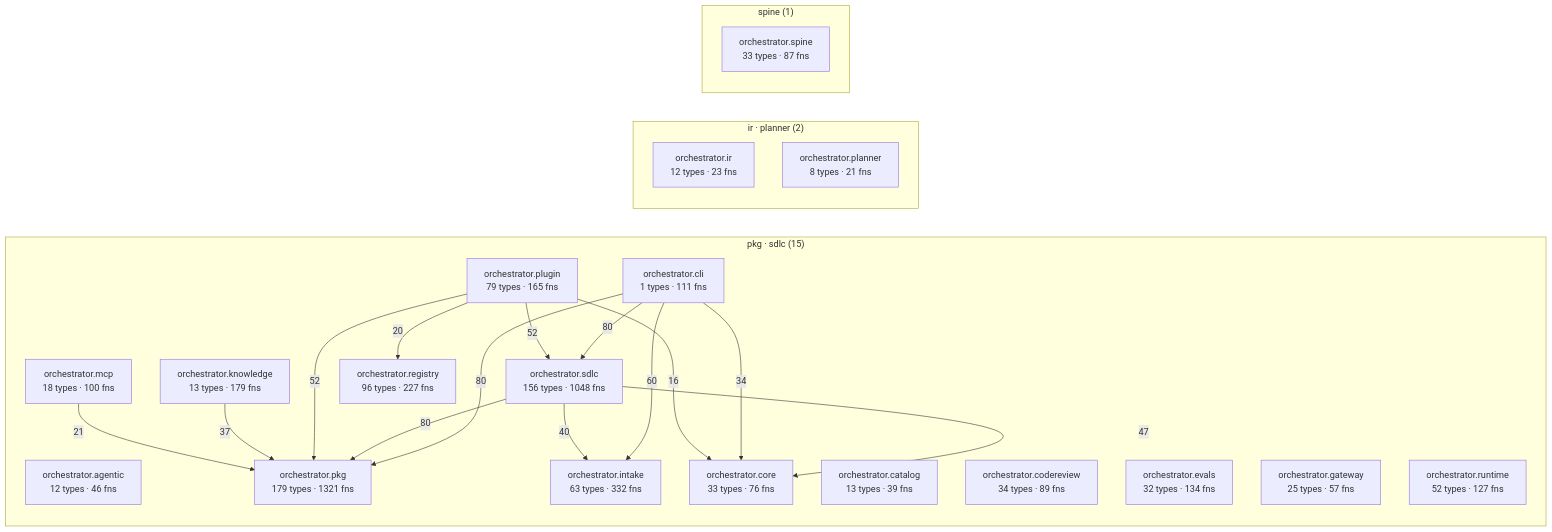
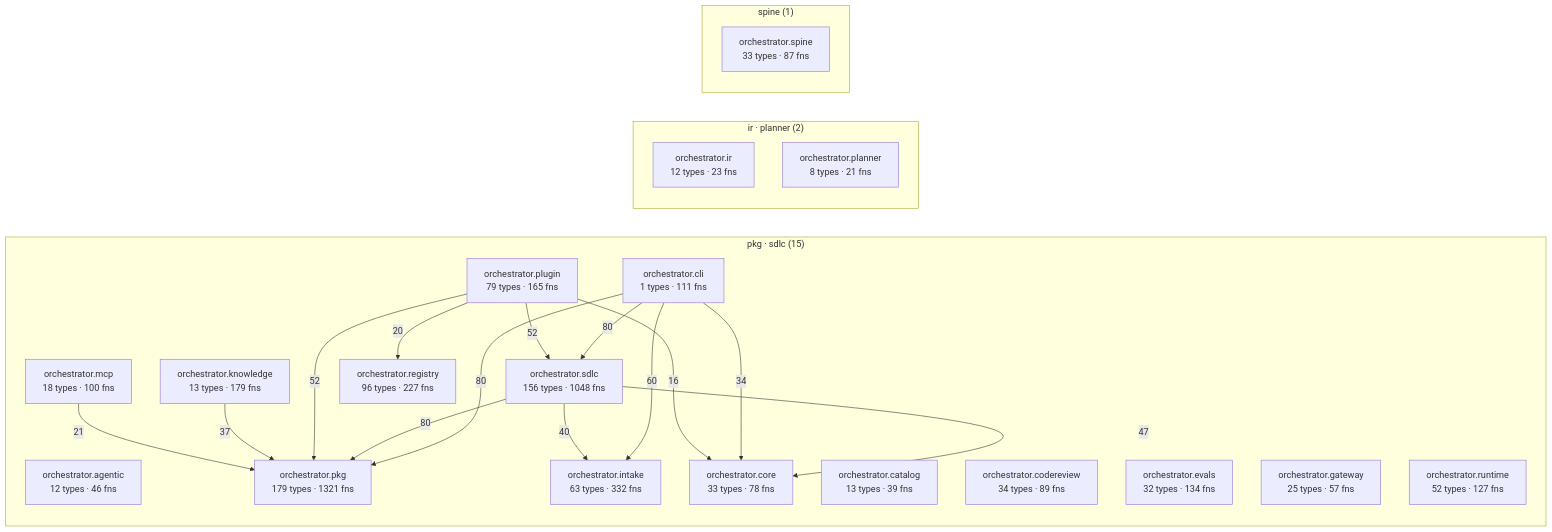
The diagram in episteme/architecture.md (synaptixs/spine), drawn with Mermaid before and after one commit. The commit also changed other lines of this file and 13 other files, not shown here.

````diff
--- a/episteme/architecture.md
+++ b/episteme/architecture.md
@@ -56,40 +56,40 @@
 ```mermaid
 flowchart LR
   subgraph c_2["pkg · sdlc (15)"]
     aorchestratoragentic["orchestrator.agentic<br/>12 types · 46 fns"]
     aorchestratorcatalog["orchestrator.catalog<br/>13 types · 39 fns"]
     aorchestratorcli["orchestrator.cli<br/>1 types · 111 fns"]
     aorchestratorcodereview["orchestrator.codereview<br/>34 types · 89 fns"]
-    aorchestratorcore["orchestrator.core<br/>33 types · 76 fns"]
+    aorchestratorcore["orchestrator.core<br/>33 types · 78 fns"]
     aorchestratorevals["orchestrator.evals<br/>32 types · 134 fns"]
     aorchestratorgateway["orchestrator.gateway<br/>25 types · 57 fns"]
     aorchestratorintake["orchestrator.intake<br/>63 types · 332 fns"]
     aorchestratorknowledge["orchestrator.knowledge<br/>13 types · 179 fns"]
     aorchestratormcp["orchestrator.mcp<br/>18 types · 100 fns"]
     aorchestratorpkg["orchestrator.pkg<br/>179 types · 1321 fns"]
     aorchestratorplugin["orchestrator.plugin<br/>79 types · 165 fns"]
     aorchestratorregistry["orchestrator.registry<br/>96 types · 227 fns"]
     aorchestratorruntime["orchestrator.runtime<br/>52 types · 127 fns"]
     aorchestratorsdlc["orchestrator.sdlc<br/>156 types · 1048 fns"]
   end
   subgraph c_5["ir · planner (2)"]
     aorchestratorir["orchestrator.ir<br/>12 types · 23 fns"]
     aorchestratorplanner["orchestrator.planner<br/>8 types · 21 fns"]
   end
   subgraph c_10["spine (1)"]
     aorchestratorspine["orchestrator.spine<br/>33 types · 87 fns"]
   end
   aorchestratorcli -->|80| aorchestratorpkg
   aorchestratorcli -->|80| aorchestratorsdlc
   aorchestratorsdlc -->|80| aorchestratorpkg
   aorchestratorcli -->|60| aorchestratorintake
   aorchestratorplugin -->|52| aorchestratorpkg
   aorchestratorplugin -->|52| aorchestratorsdlc
   aorchestratorsdlc -->|47| aorchestratorcore
   aorchestratorsdlc -->|40| aorchestratorintake
   aorchestratorknowledge -->|37| aorchestratorpkg
   aorchestratorcli -->|34| aorchestratorcore
   aorchestratormcp -->|21| aorchestratorpkg
   aorchestratorplugin -->|20| aorchestratorregistry
   aorchestratorplugin -->|16| aorchestratorcore
 ```
````
